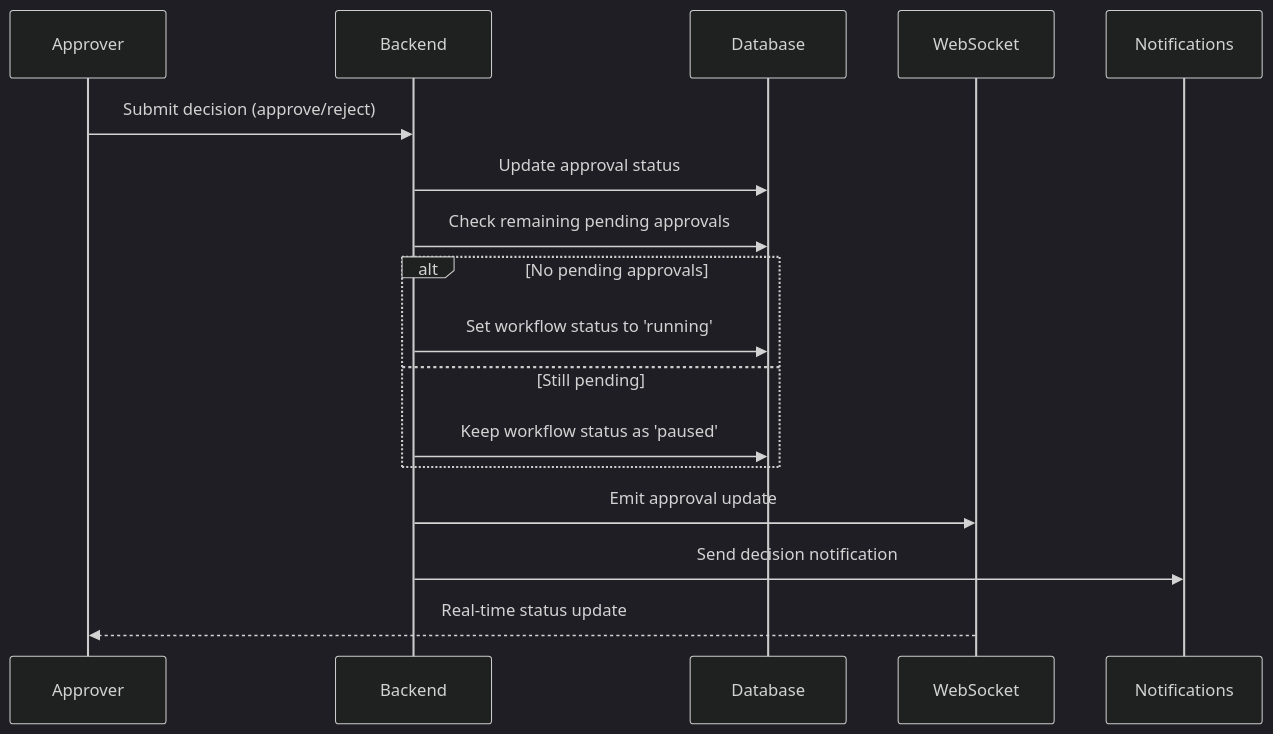
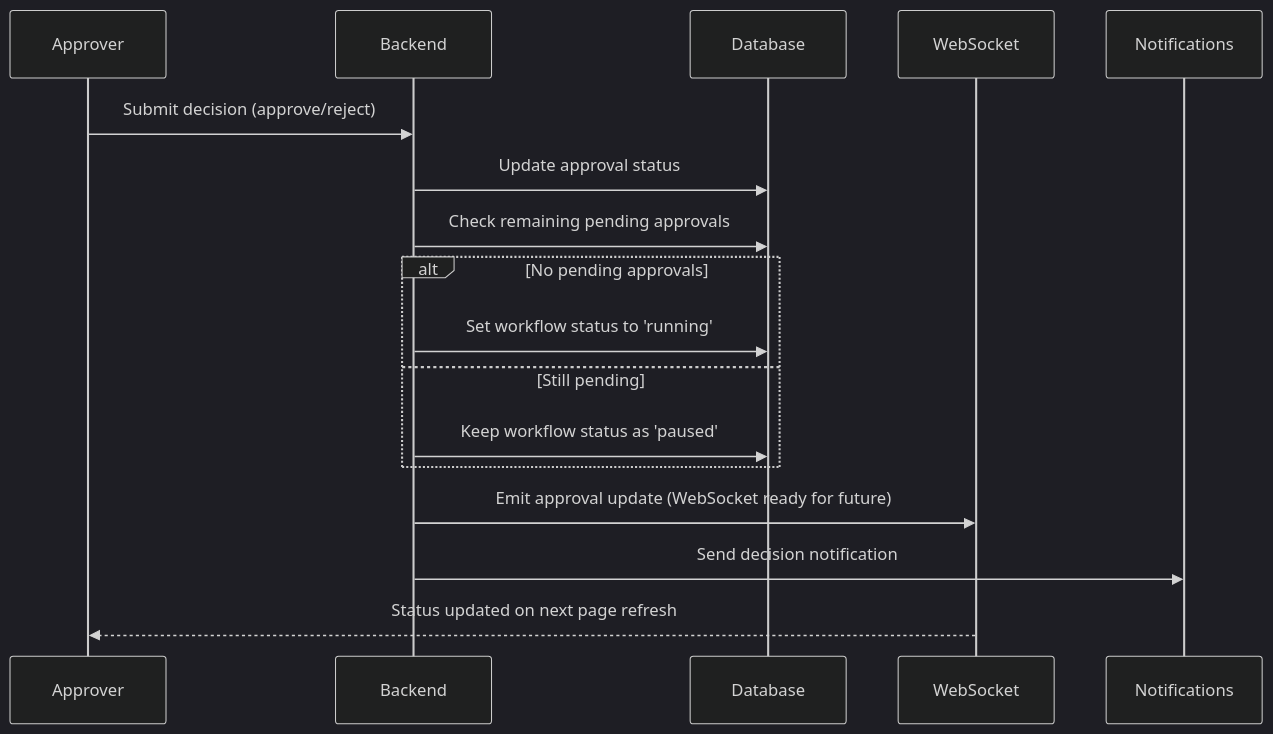
Before and after one commit to Kushagra1122/approval-orchestrator: the fifth of 5 diagrams in README.md, drawn with Mermaid (dark theme). The commit also changed other lines of this file, not shown here.

````diff
--- a/README.md
+++ b/README.md
@@ -242,22 +245,22 @@
 ```mermaid
 sequenceDiagram
     participant A as Approver
     participant B as Backend
     participant D as Database
     participant W as WebSocket
     participant N as Notifications
     
     A->>B: Submit decision (approve/reject)
     B->>D: Update approval status
     B->>D: Check remaining pending approvals
     
     alt No pending approvals
         B->>D: Set workflow status to 'running'
     else Still pending
         B->>D: Keep workflow status as 'paused'
     end
     
-    B->>W: Emit approval update
+    B->>W: Emit approval update (WebSocket ready for future)
     B->>N: Send decision notification
-    W-->>A: Real-time status update
+    W-->>A: Status updated on next page refresh
 ```
````
